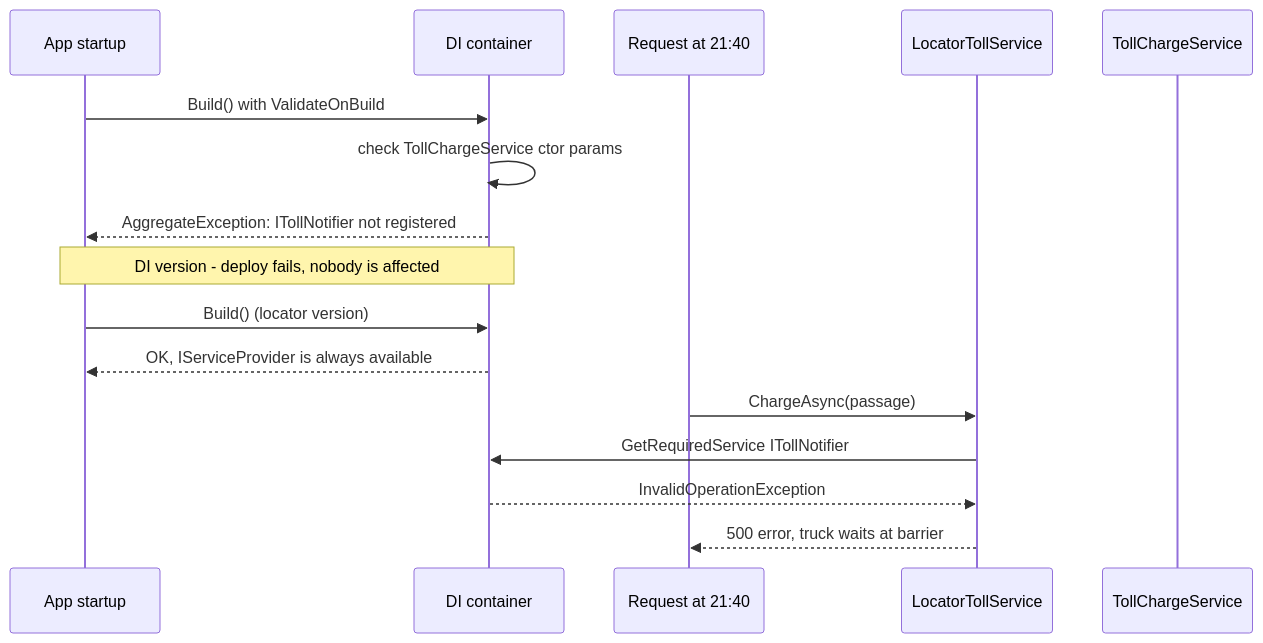
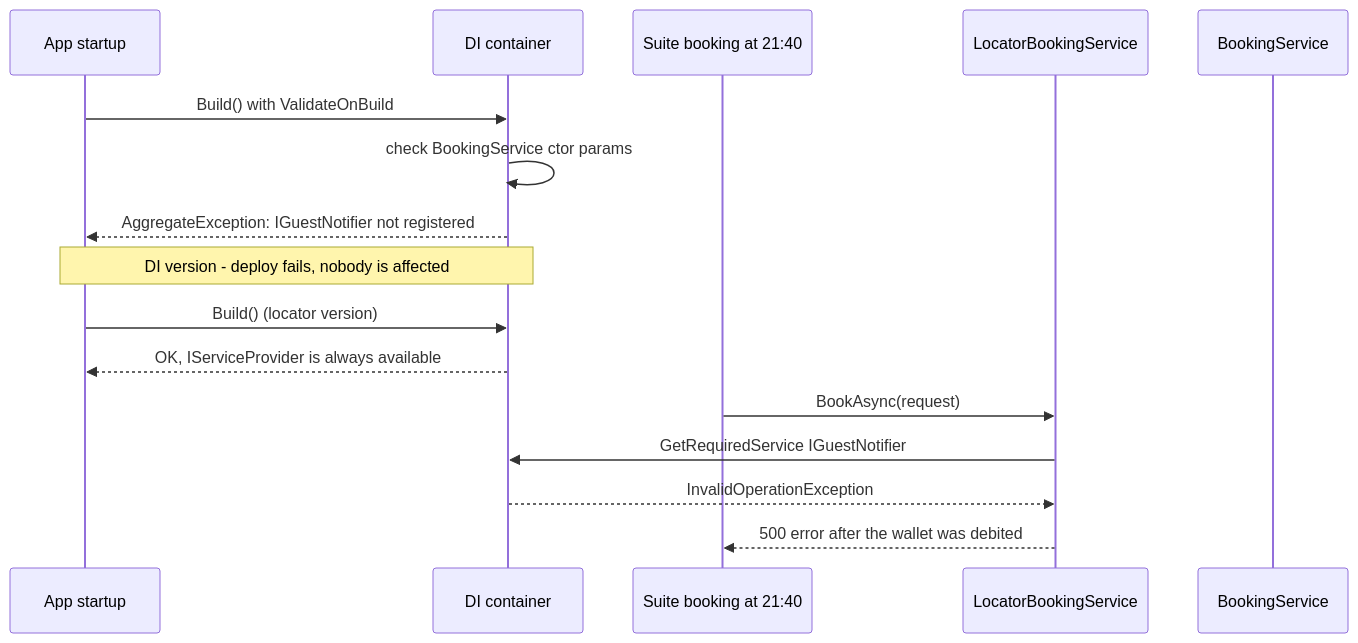
One commit to rizwi0786/system-design-lab changed the second of 2 diagrams in content/lessons/m04/m04-di-vs-service-locator.md. Above: the diagram before and after it, drawn with Mermaid. The commit also changed other lines of this file and 334 other files, not shown here.

````diff
--- a/content/lessons/m04/m04-di-vs-service-locator.md
+++ b/content/lessons/m04/m04-di-vs-service-locator.md
@@ -191,18 +196,18 @@
 ```mermaid
 sequenceDiagram
     participant Host as App startup
     participant C as DI container
-    participant R as Request at 21:40
-    participant L as LocatorTollService
-    participant D as TollChargeService
+    participant R as Suite booking at 21:40
+    participant L as LocatorBookingService
+    participant D as BookingService
     Host->>C: Build() with ValidateOnBuild
-    C->>C: check TollChargeService ctor params
-    C-->>Host: AggregateException: ITollNotifier not registered
+    C->>C: check BookingService ctor params
+    C-->>Host: AggregateException: IGuestNotifier not registered
     Note over Host,C: DI version - deploy fails, nobody is affected
     Host->>C: Build() (locator version)
     C-->>Host: OK, IServiceProvider is always available
-    R->>L: ChargeAsync(passage)
-    L->>C: GetRequiredService ITollNotifier
+    R->>L: BookAsync(request)
+    L->>C: GetRequiredService IGuestNotifier
     C-->>L: InvalidOperationException
-    L-->>R: 500 error, truck waits at barrier
+    L-->>R: 500 error after the wallet was debited
 ```
````
